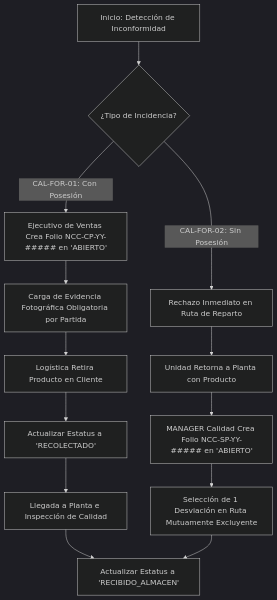
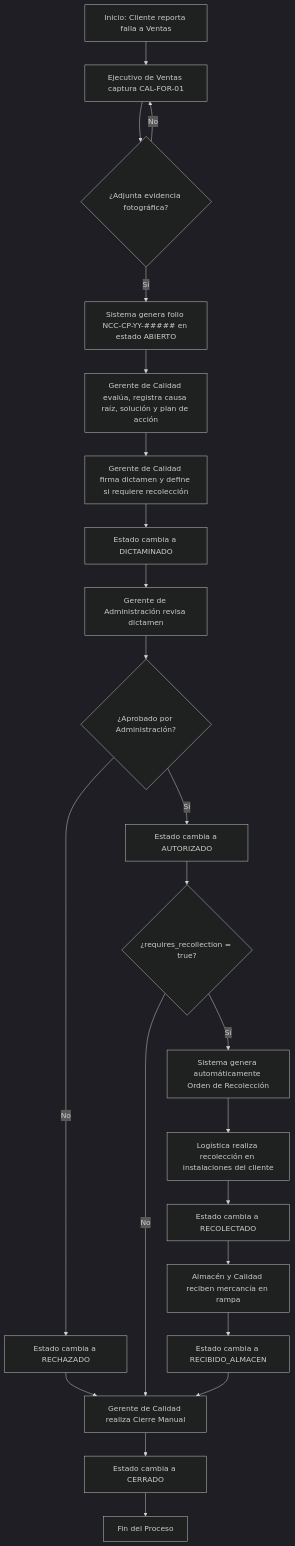
Before and after one commit to Automatizacion-KPC/KoonolApp: the first of 3 diagrams in docs/modules/product_rejection.md, drawn with Mermaid (dark theme). The commit also changed other lines of this file and 12 other files, not shown here.

Commit message:
Se añadió la documentación relacionada con el módulo de Calidad - Devoluciones y Rechazos

````diff
--- a/docs/modules/product_rejection.md
+++ b/docs/modules/product_rejection.md
@@ -157,19 +137,25 @@
 ```mermaid
 graph TD
-    A[Inicio: Detección de Inconformidad] --> B{¿Tipo de Incidencia?}
-
-    %% Ruta Con Posesión
-    B -- CAL-FOR-01: Con Posesión --> C[Ejecutivo de Ventas Crea Folio NCC-CP-YY-##### en 'ABIERTO']
-    C --> D[Carga de Evidencia Fotográfica Obligatoria por Partida]
-    D --> E[Logística Retira Producto en Cliente]
-    E --> F[Actualizar Estatus a 'RECOLECTADO']
-    F --> G[Llegada a Planta e Inspección de Calidad]
-    G --> H[Actualizar Estatus a 'RECIBIDO_ALMACEN']
-
-    %% Ruta Sin Posesión
-    B -- CAL-FOR-02: Sin Posesión --> I[Rechazo Inmediato en Ruta de Reparto]
-    I --> J[Unidad Retorna a Planta con Producto]
-    J --> K[MANAGER Calidad Crea Folio NCC-SP-YY-##### en 'ABIERTO']
-    K --> L[Selección de 1 Desviación en Ruta Mutuamente Excluyente]
-    L --> H
+    A[Inicio: Cliente reporta falla a Ventas] --> B[Ejecutivo de Ventas captura CAL-FOR-01]
+    B --> C{¿Adjunta evidencia fotográfica?}
+    C -- No --> B
+    C -- Sí --> D[Sistema genera folio NCC-CP-YY-##### en estado ABIERTO]
+    D --> E[Gerente de Calidad evalúa, registra causa raíz, solución y plan de acción]
+    E --> F[Gerente de Calidad firma dictamen y define si requiere recolección]
+    F --> G[Estado cambia a DICTAMINADO]
+    G --> H[Gerente de Administración revisa dictamen]
+    H --> I{¿Aprobado por Administración?}
+    I -- No --> J[Estado cambia a RECHAZADO]
+    J --> K[Gerente de Calidad realiza Cierre Manual]
+    I -- Sí --> L[Estado cambia a AUTORIZADO]
+    L --> M{¿requires_recollection = true?}
+    M -- No --> K
+    M -- Sí --> N[Sistema genera automáticamente Orden de Recolección]
+    N --> O[Logística realiza recolección en instalaciones del cliente]
+    O --> P[Estado cambia a RECOLECTADO]
+    P --> Q[Almacén y Calidad reciben mercancía en rampa]
+    Q --> R[Estado cambia a RECIBIDO_ALMACEN]
+    R --> K
+    K --> S[Estado cambia a CERRADO]
+    S --> T[Fin del Proceso]
 ```
````
